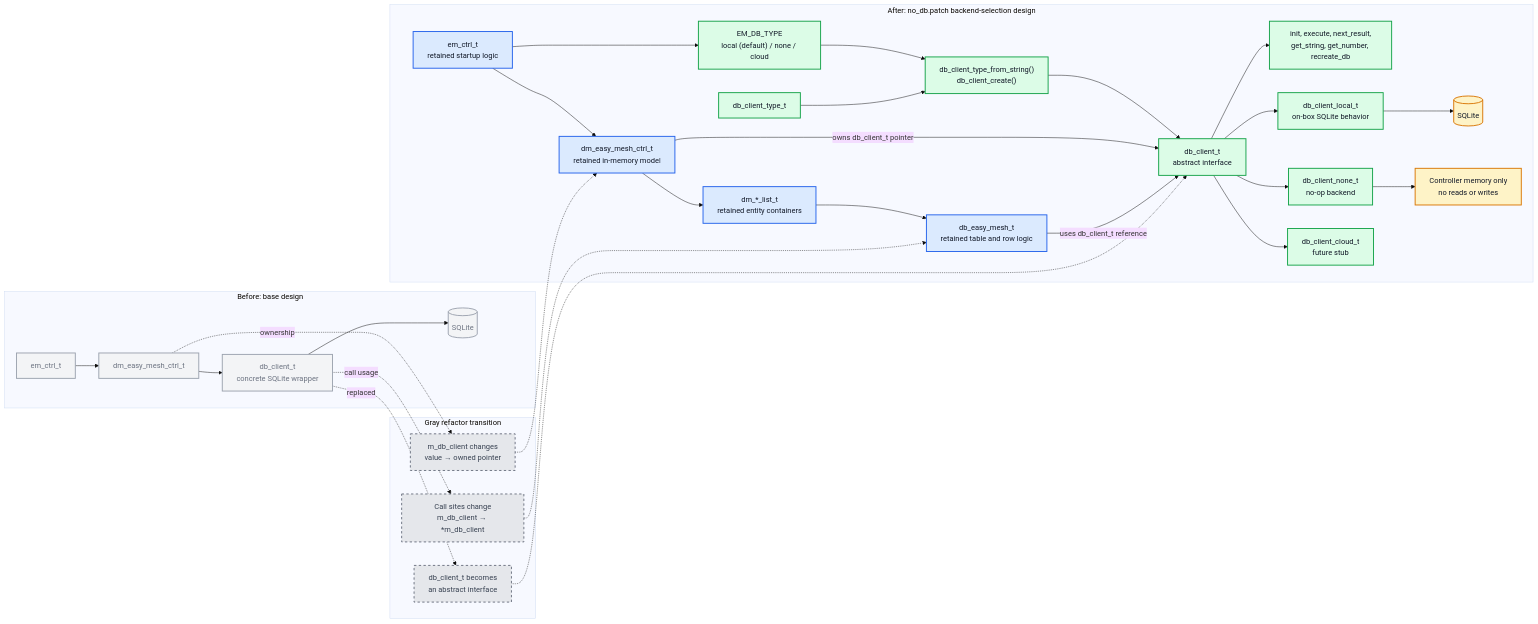
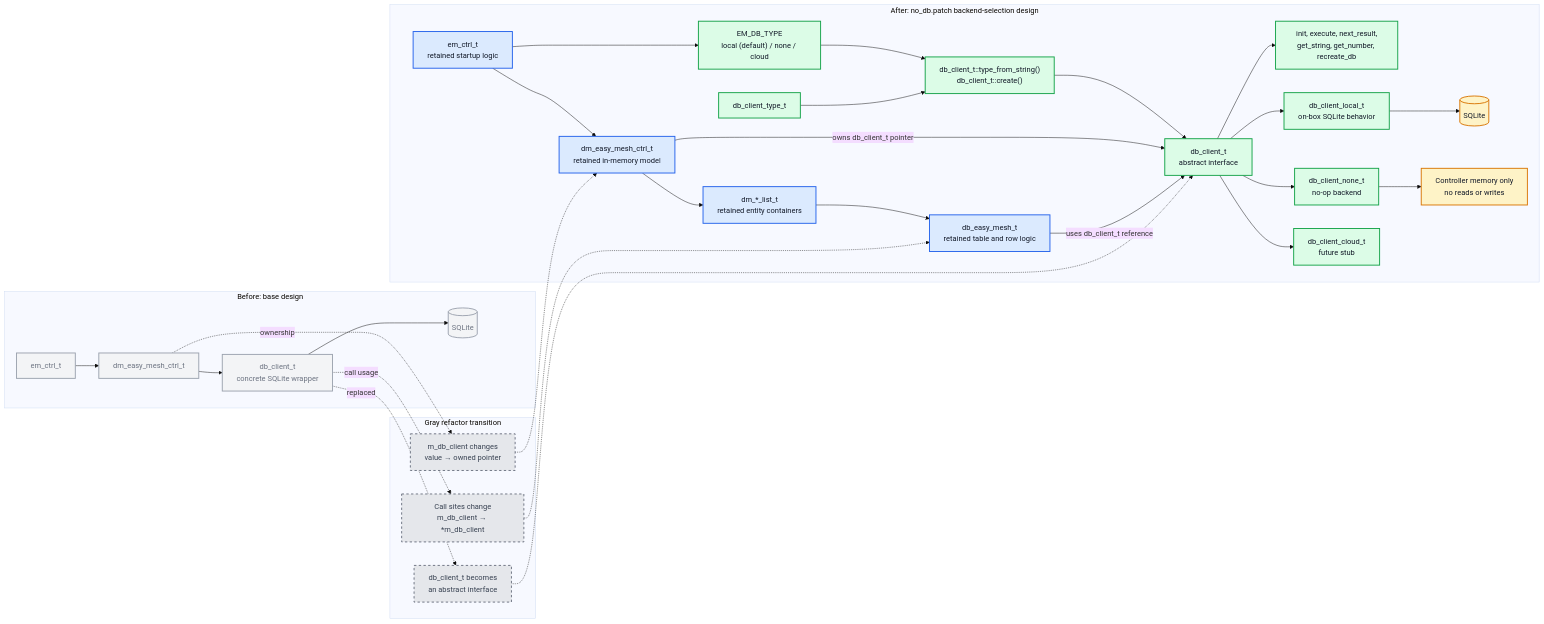
Before and after one commit to rdkcentral/unified-wifi-mesh: the fourth of 4 diagrams in ARCHITECTURE.md, drawn with Mermaid (base theme). The commit also changed other lines of this file and 12 other files, not shown here.

````diff
--- a/ARCHITECTURE.md
+++ b/ARCHITECTURE.md
@@ -225,58 +225,58 @@
 ```mermaid
 flowchart LR
     subgraph Before[Before: base design]
         OldCtrl["em_ctrl_t"]
         OldModel["dm_easy_mesh_ctrl_t"]
         OldClient["db_client_t<br/>concrete SQLite wrapper"]
         OldDB[("SQLite")]
         OldCtrl --> OldModel --> OldClient --> OldDB
     end
 
     subgraph Transition[Gray refactor transition]
         T1["db_client_t becomes<br/>an abstract interface"]
         T2["m_db_client changes<br/>value → owned pointer"]
         T3["Call sites change<br/>m_db_client → *m_db_client"]
     end
 
     subgraph After[After: no_db.patch backend-selection design]
         Ctrl["em_ctrl_t<br/>retained startup logic"]
         DataModel["dm_easy_mesh_ctrl_t<br/>retained in-memory model"]
         Lists["dm_*_list_t<br/>retained entity containers"]
         TableAdapter["db_easy_mesh_t<br/>retained table and row logic"]
         Env["EM_DB_TYPE<br/>local (default) / none / cloud"]
         Type["db_client_type_t"]
-        Factory["db_client_type_from_string()<br/>db_client_create()"]
+        Factory["db_client_t::type_from_string()<br/>db_client_t::create()"]
         Client["db_client_t<br/>abstract interface"]
         Methods["init, execute, next_result,<br/>get_string, get_number, recreate_db"]
         Local["db_client_local_t<br/>on-box SQLite behavior"]
         None["db_client_none_t<br/>no-op backend"]
         Cloud["db_client_cloud_t<br/>future stub"]
         SQLite[("SQLite")]
         Memory["Controller memory only<br/>no reads or writes"]
 
         Ctrl --> DataModel --> Lists --> TableAdapter
         Ctrl --> Env --> Factory
         Type --> Factory --> Client --> Methods
         DataModel -->|owns db_client_t pointer| Client
         TableAdapter -->|uses db_client_t reference| Client
         Client --> Local --> SQLite
         Client --> None --> Memory
         Client --> Cloud
     end
 
     OldClient -. replaced .-> T1 -.-> Client
     OldModel -. ownership .-> T2 -.-> DataModel
     OldClient -. call usage .-> T3 -.-> TableAdapter
 
     classDef old fill:#f3f4f6,stroke:#9ca3af,color:#6b7280,stroke-width:2px;
     classDef transition fill:#e5e7eb,stroke:#6b7280,color:#374151,stroke-width:2px,stroke-dasharray: 5 5;
     classDef retained fill:#dbeafe,stroke:#2563eb,color:#111827,stroke-width:2px;
     classDef introduced fill:#dcfce7,stroke:#16a34a,color:#111827,stroke-width:2px;
     classDef storage fill:#fef3c7,stroke:#d97706,color:#111827,stroke-width:2px;
 
     class OldCtrl,OldModel,OldClient,OldDB old;
     class T1,T2,T3 transition;
     class Ctrl,DataModel,Lists,TableAdapter retained;
     class Env,Type,Factory,Client,Methods,Local,None,Cloud introduced;
     class SQLite,Memory storage;
 ```
````
